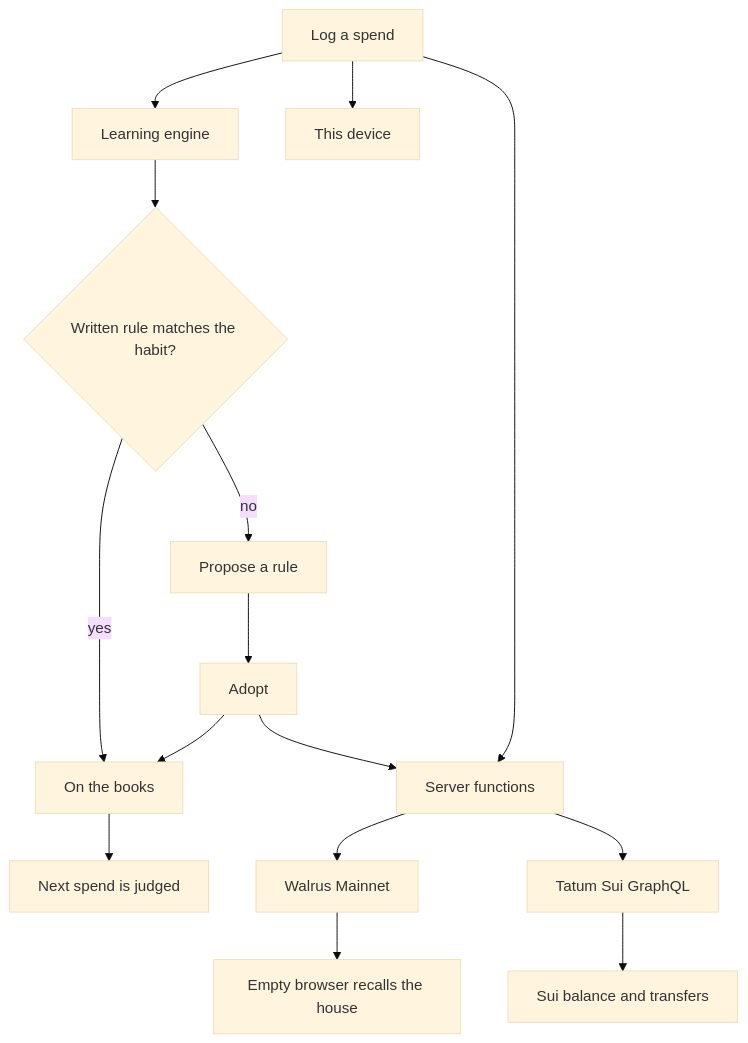
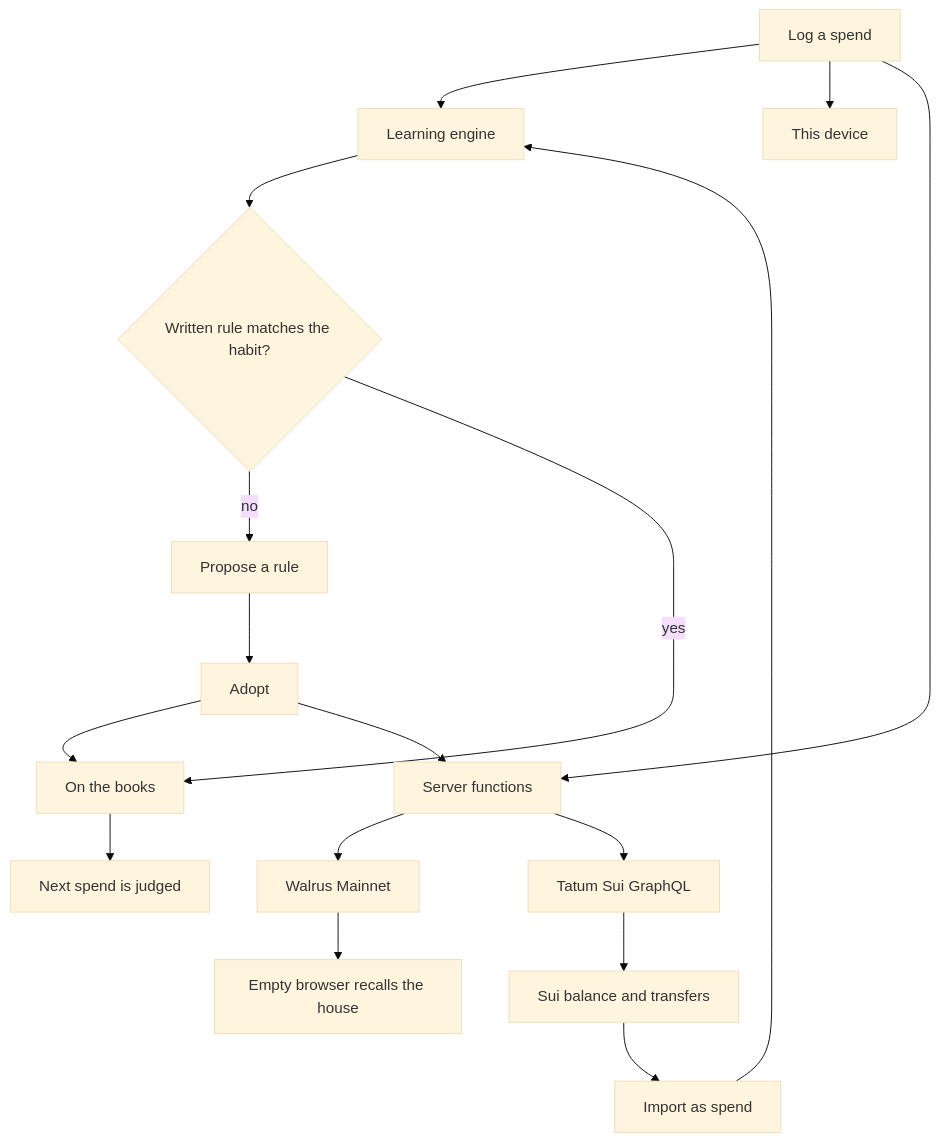
One commit to thesithunyein/rulesync changed the diagram in README.md. Above: the diagram before and after it, drawn with Mermaid (base theme). The commit also changed other lines of this file and 3 other files, not shown here.

````diff
--- a/README.md
+++ b/README.md
@@ -33,17 +33,19 @@
 ```mermaid
 flowchart TD
   spend["Log a spend"] --> engine["Learning engine"]
   engine --> gap{"Written rule matches the habit?"}
   gap -->|no| propose["Propose a rule"]
   propose --> adopt["Adopt"]
   adopt --> books["On the books"]
   gap -->|yes| books
   books --> next["Next spend is judged"]
   spend --> device["This device"]
   spend --> server["Server functions"]
   adopt --> server
   server --> walrus["Walrus Mainnet"]
   server --> tatum["Tatum Sui GraphQL"]
   tatum --> sui["Sui balance and transfers"]
+  sui --> import["Import as spend"]
+  import --> engine
   walrus --> fresh["Empty browser recalls the house"]
 ```
````
